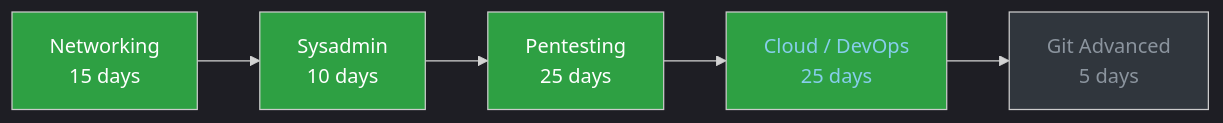
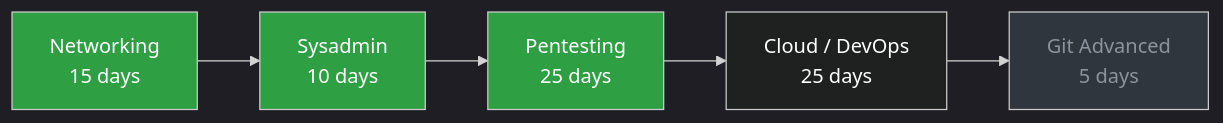
One commit to Jeetendra-sanatani/tools-journal changed the second of 2 diagrams in README.md. Above: the diagram before and after it, drawn with Mermaid.

````diff
--- a/README.md
+++ b/README.md
@@ -63,14 +63,14 @@
 ```mermaid
 %%{init: {'theme':'dark'}}%%
 flowchart LR
     A[Networking<br/>15 days] --> B[Sysadmin<br/>10 days]
     B --> C[Pentesting<br/>25 days]
     C --> D[Cloud / DevOps<br/>25 days]
     D --> E[Git Advanced<br/>5 days]
 
     style A fill:#2ea043,color:#fff
     style B fill:#2ea043,color:#fff
     style C fill:#2ea043,color:#fff
-    style D fill:#2ea043,color:#87CEEB
+    style D fill:##87CEEB,color:#fff
     style E fill:#30363d,color:#8b949e
 ```
````
